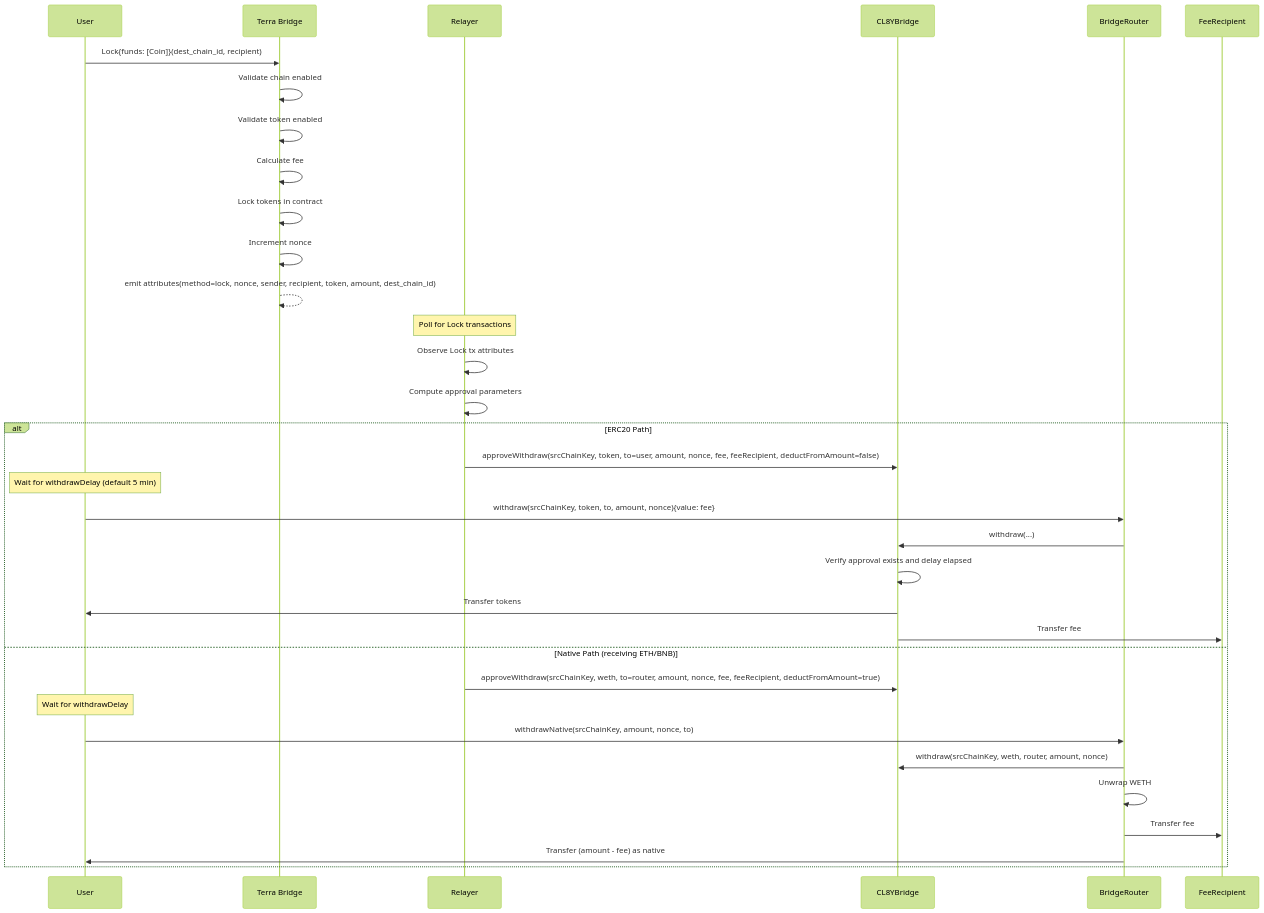
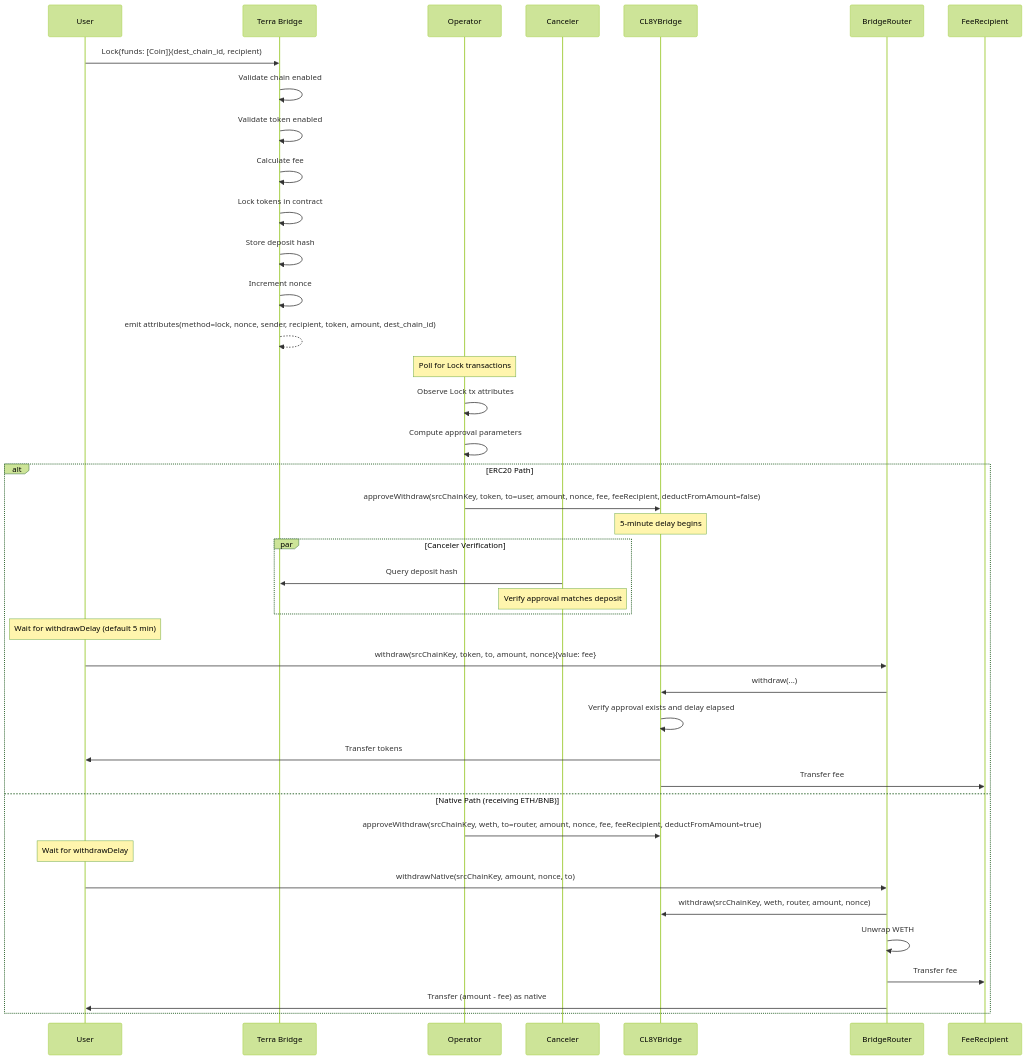
Before and after one commit to PlasticDigits/cl8y-bridge-monorepo: the third of 4 diagrams in docs/crosschain-flows.md, drawn with Mermaid (forest theme). The commit also changed other lines of this file and 130 other files, not shown here.

````diff
--- a/docs/crosschain-flows.md
+++ b/docs/crosschain-flows.md
@@ -74,46 +83,55 @@
 ```mermaid
 sequenceDiagram
     participant User
     participant Terra as Terra Bridge
-    participant Relayer
+    participant Operator
+    participant Canceler
     participant Bridge as CL8YBridge
     participant Router as BridgeRouter
 
     User->>Terra: Lock{funds: [Coin]}(dest_chain_id, recipient)
 
     Terra->>Terra: Validate chain enabled
     Terra->>Terra: Validate token enabled
     Terra->>Terra: Calculate fee
     Terra->>Terra: Lock tokens in contract
+    Terra->>Terra: Store deposit hash
     Terra->>Terra: Increment nonce
 
     Terra-->>Terra: emit attributes(method=lock, nonce, sender, recipient, token, amount, dest_chain_id)
 
-    Note over Relayer: Poll for Lock transactions
+    Note over Operator: Poll for Lock transactions
 
-    Relayer->>Relayer: Observe Lock tx attributes
-    Relayer->>Relayer: Compute approval parameters
+    Operator->>Operator: Observe Lock tx attributes
+    Operator->>Operator: Compute approval parameters
 
     alt ERC20 Path
-        Relayer->>Bridge: approveWithdraw(srcChainKey, token, to=user, amount, nonce, fee, feeRecipient, deductFromAmount=false)
+        Operator->>Bridge: approveWithdraw(srcChainKey, token, to=user, amount, nonce, fee, feeRecipient, deductFromAmount=false)
+
+        Note over Bridge: 5-minute delay begins
+
+        par Canceler Verification
+            Canceler->>Terra: Query deposit hash
+            Note over Canceler: Verify approval matches deposit
+        end
 
         Note over User: Wait for withdrawDelay (default 5 min)
 
         User->>Router: withdraw(srcChainKey, token, to, amount, nonce){value: fee}
         Router->>Bridge: withdraw(...)
         Bridge->>Bridge: Verify approval exists and delay elapsed
         Bridge->>User: Transfer tokens
         Bridge->>FeeRecipient: Transfer fee
 
     else Native Path (receiving ETH/BNB)
-        Relayer->>Bridge: approveWithdraw(srcChainKey, weth, to=router, amount, nonce, fee, feeRecipient, deductFromAmount=true)
+        Operator->>Bridge: approveWithdraw(srcChainKey, weth, to=router, amount, nonce, fee, feeRecipient, deductFromAmount=true)
 
         Note over User: Wait for withdrawDelay
 
         User->>Router: withdrawNative(srcChainKey, amount, nonce, to)
         Router->>Bridge: withdraw(srcChainKey, weth, router, amount, nonce)
         Router->>Router: Unwrap WETH
         Router->>FeeRecipient: Transfer fee
         Router->>User: Transfer (amount - fee) as native
     end
 ```
````
